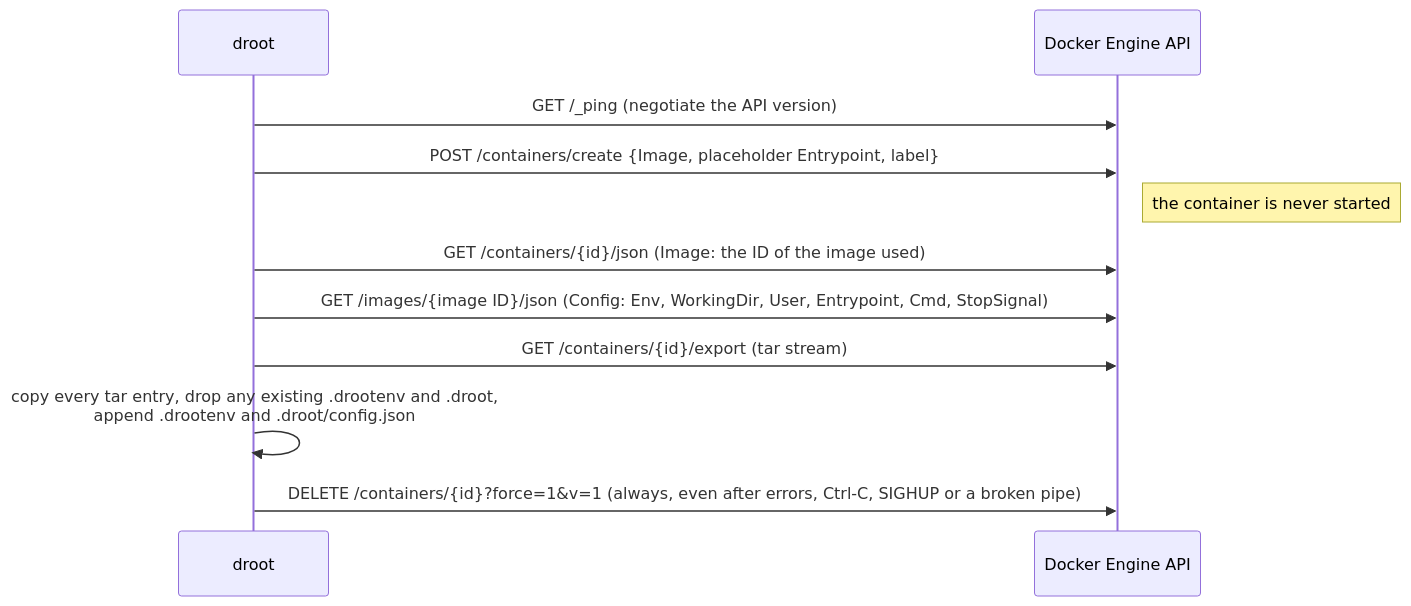
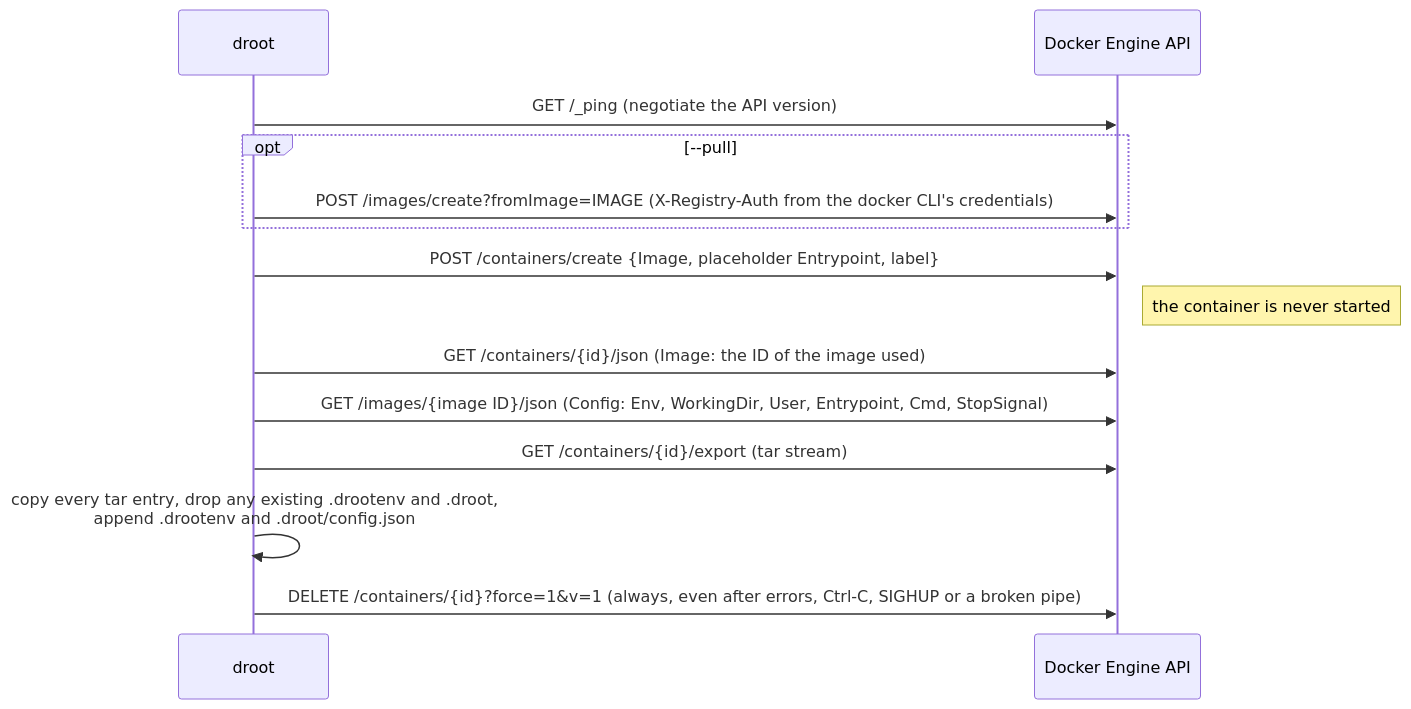
The second of 2 diagrams in documentation/architecture.md (yuuki/droot), drawn with Mermaid before and after one commit. The commit also changed other lines of this file and 13 other files, not shown here.

First line of the commit message:
export: --pull with registry credentials, and ssh:// docker hosts

````diff
--- a/documentation/architecture.md
+++ b/documentation/architecture.md
@@ -43,13 +43,16 @@
 ```mermaid
 sequenceDiagram
   participant D as droot
   participant E as Docker Engine API
   D->>E: GET /_ping (negotiate the API version)
+  opt --pull
+    D->>E: POST /images/create?fromImage=IMAGE (X-Registry-Auth from the docker CLI's credentials)
+  end
   D->>E: POST /containers/create {Image, placeholder Entrypoint, label}
   Note right of E: the container is never started
   D->>E: GET /containers/{id}/json (Image: the ID of the image used)
   D->>E: GET /images/{image ID}/json (Config: Env, WorkingDir, User, Entrypoint, Cmd, StopSignal)
   D->>E: GET /containers/{id}/export (tar stream)
   D->>D: copy every tar entry, drop any existing .drootenv and .droot,<br/>append .drootenv and .droot/config.json
   D->>E: DELETE /containers/{id}?force=1&v=1 (always, even after errors, Ctrl-C, SIGHUP or a broken pipe)
 ```
````
